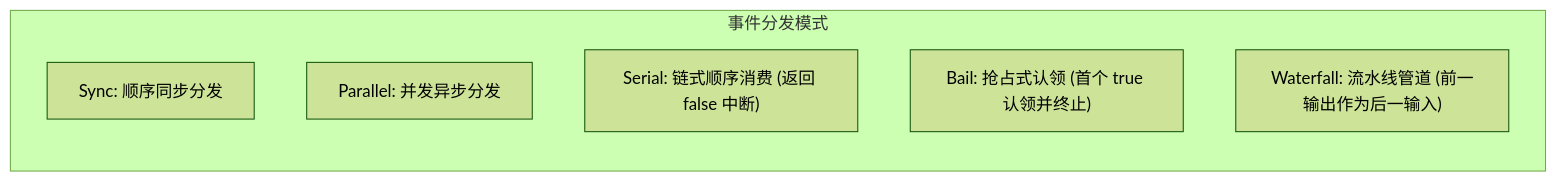
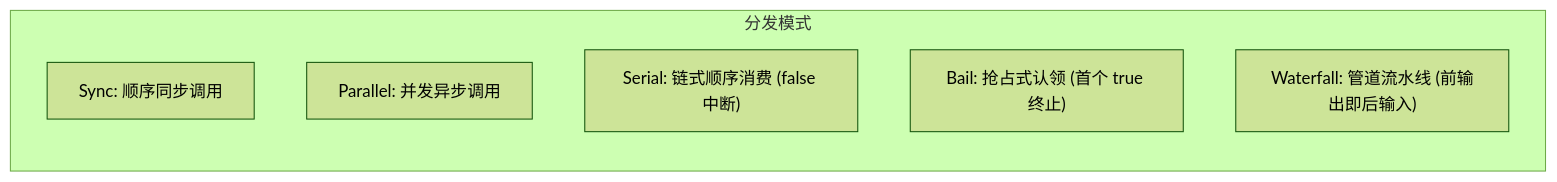
One commit to fjay/knotra changed the fifth of 5 diagrams in docs/Knotra API 与集成指南.md. Above: the diagram before and after it, drawn with Mermaid (forest theme). The commit also changed other lines of this file and 7 other files, not shown here.

````diff
--- a/docs/Knotra API 与集成指南.md
+++ b/docs/Knotra API 与集成指南.md
@@ -246,10 +236,10 @@
 ```mermaid
 graph LR
-    subgraph event_modes ["事件分发模式"]
-        M1["Sync: 顺序同步分发"]
-        M2["Parallel: 并发异步分发"]
-        M3["Serial: 链式顺序消费 (返回 false 中断)"]
-        M4["Bail: 抢占式认领 (首个 true 认领并终止)"]
-        M5["Waterfall: 流水线管道 (前一输出作为后一输入)"]
+    subgraph event_modes ["分发模式"]
+        M1["Sync: 顺序同步调用"]
+        M2["Parallel: 并发异步调用"]
+        M3["Serial: 链式顺序消费 (false 中断)"]
+        M4["Bail: 抢占式认领 (首个 true 终止)"]
+        M5["Waterfall: 管道流水线 (前输出即后输入)"]
     end
 ```
````
